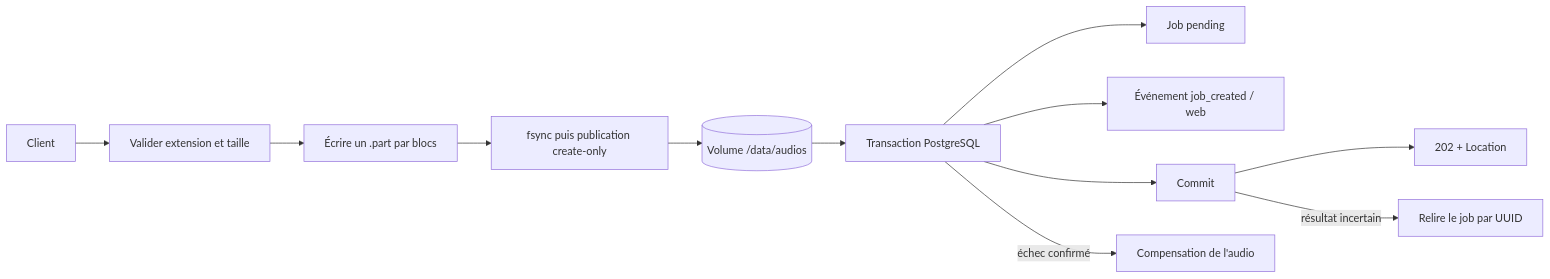
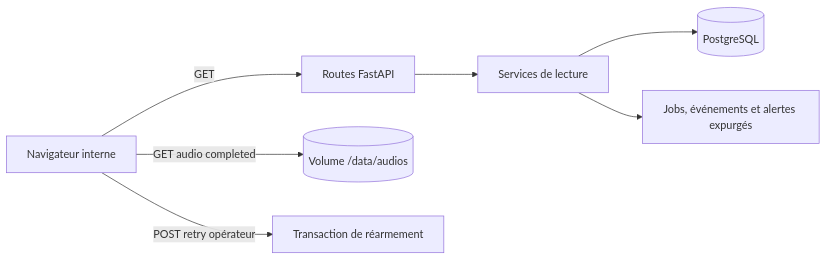
One commit to dev-vauclaire/mevo2glpi changed the first of 2 diagrams in apps/web/README.md. Above: the diagram before and after it, drawn with Mermaid. The commit also changed other lines of this file and 10 other files, not shown here.

````diff
--- a/apps/web/README.md
+++ b/apps/web/README.md
@@ -100,14 +85,9 @@
 ```mermaid
 flowchart LR
-    Client[Client] --> Validate[Valider extension et taille]
-    Validate --> Part[Écrire un .part par blocs]
-    Part --> Publish[fsync puis publication create-only]
-    Publish --> Audio[(Volume /data/audios)]
-    Audio --> Tx[Transaction PostgreSQL]
-    Tx --> Job[Job pending]
-    Tx --> Event[Événement job_created / web]
-    Tx --> Commit[Commit]
-    Commit --> Accepted[202 + Location]
-    Tx -->|échec confirmé| Delete[Compensation de l'audio]
-    Commit -->|résultat incertain| Reconcile[Relire le job par UUID]
+    Browser[Navigateur interne] -->|GET| Routes[Routes FastAPI]
+    Routes --> Queries[Services de lecture]
+    Queries --> Database[(PostgreSQL)]
+    Queries --> Dashboard[Jobs, événements et alertes expurgés]
+    Browser -->|GET audio completed| Storage[(Volume /data/audios)]
+    Browser -->|POST retry opérateur| Retry[Transaction de réarmement]
 ```
````
